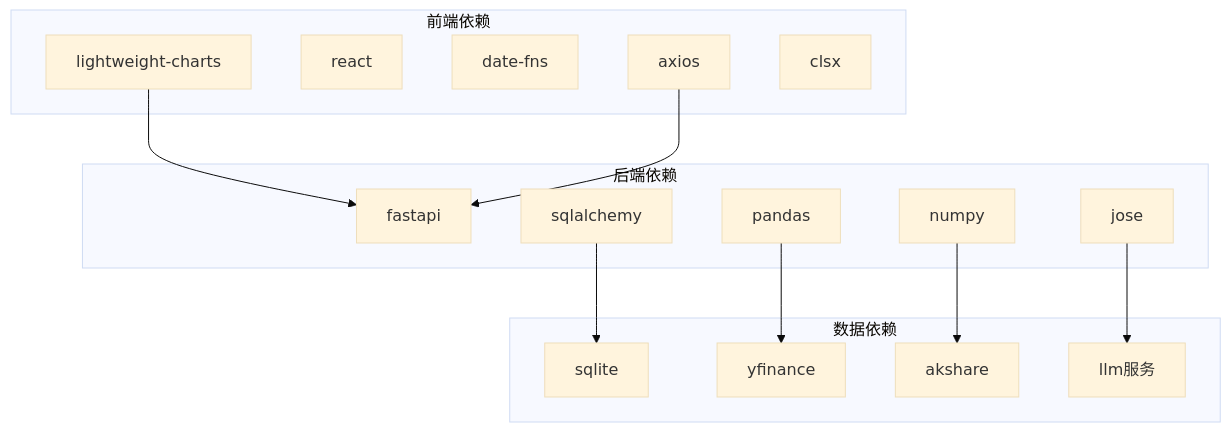
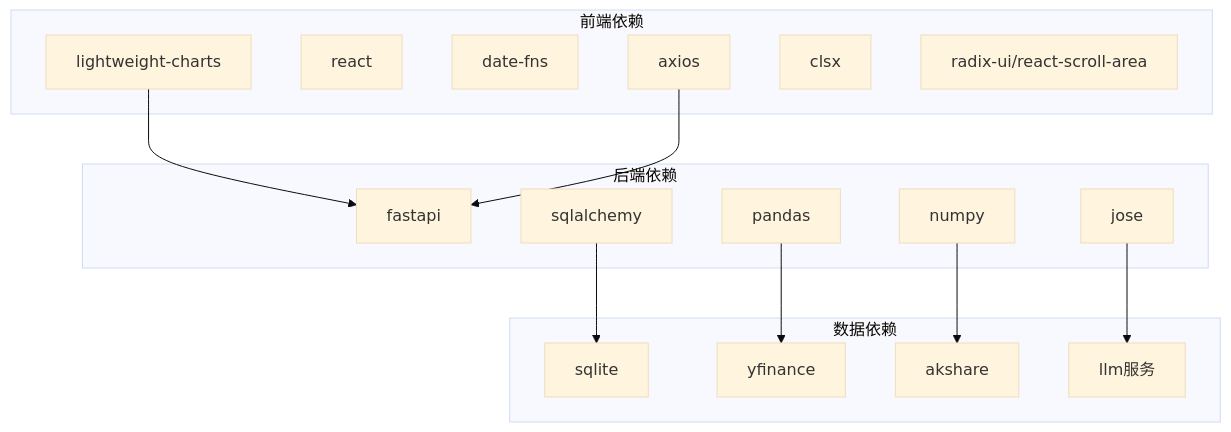
One commit to breeze-lyf/ai-stock-advisor changed the seventh of 8 diagrams in .qoder/repowiki/zh/content/投资组合管理/前端集成与展示/高级图表可视化.md. Above: the diagram before and after it, drawn with Mermaid (base theme). The commit also changed other lines of this file and 122 other files, not shown here.

````diff
--- a/.qoder/repowiki/zh/content/投资组合管理/前端集成与展示/高级图表可视化.md
+++ b/.qoder/repowiki/zh/content/投资组合管理/前端集成与展示/高级图表可视化.md
@@ -272,29 +301,30 @@
 ```mermaid
 graph TB
 subgraph "前端依赖"
 F1[lightweight-charts]
 F2[react]
 F3[date-fns]
 F4[axios]
 F5[clsx]
+F6[radix-ui/react-scroll-area]
 end
 subgraph "后端依赖"
 B1[fastapi]
 B2[sqlalchemy]
 B3[pandas]
 B4[numpy]
 B5[jose]
 end
 subgraph "数据依赖"
 D1[sqlite]
 D2[yfinance]
 D3[akshare]
 D4[llm服务]
 end
 F1 --> B1
 F4 --> B1
 B2 --> D1
 B3 --> D2
 B4 --> D3
 B5 --> D4
 ```
````
